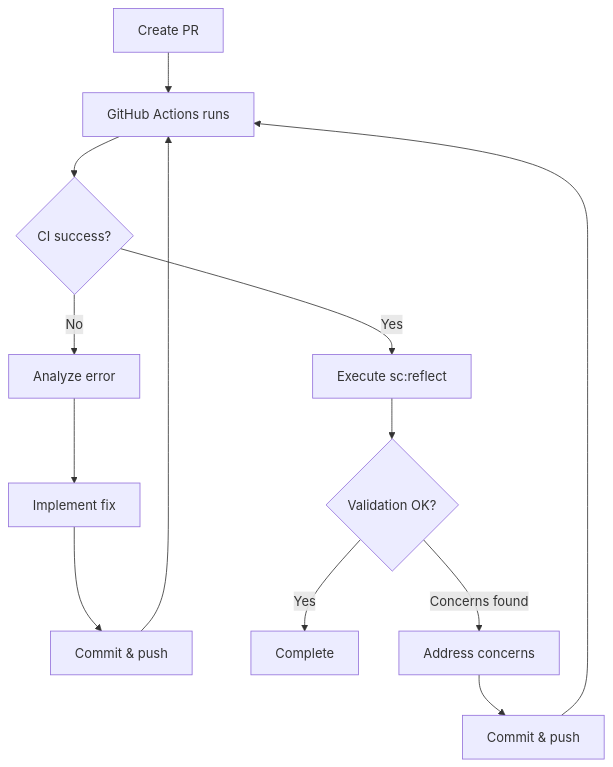
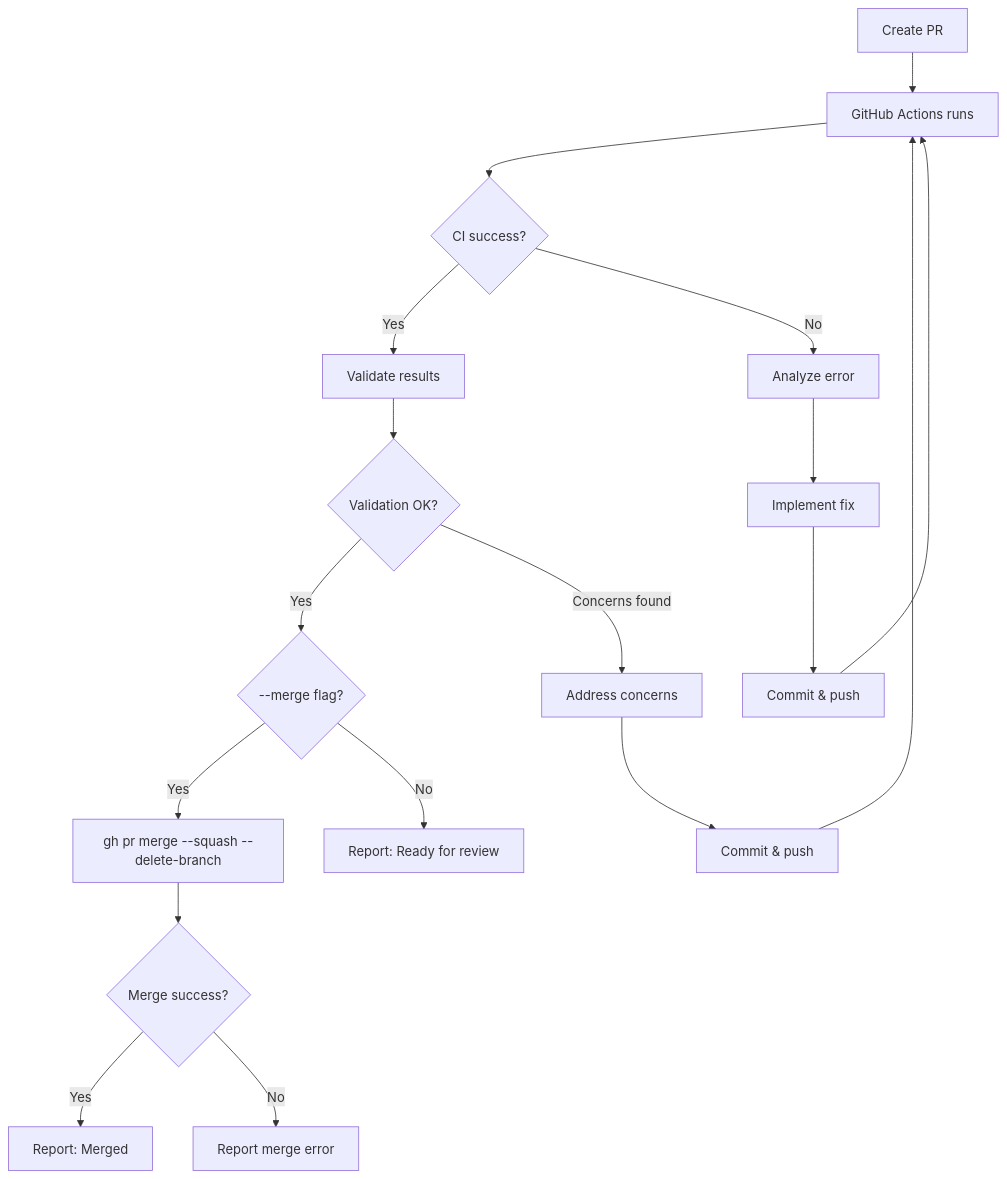
Before and after one commit to TE-ToshiakiTanaka2/tarnished: the first of 2 diagrams in templates/claude/.claude/skills/pr/SKILL.md, drawn with Mermaid. The commit also changed other lines of this file and 43 other files, not shown here.

First line of the commit message:
feat: internalize SuperClaude skills as erd: commands (#241)

````diff
--- a/templates/claude/.claude/skills/pr/SKILL.md
+++ b/templates/claude/.claude/skills/pr/SKILL.md
@@ -143,15 +154,20 @@
 ```mermaid
 graph TD
     A[Create PR] --> B[GitHub Actions runs]
     B --> C{CI success?}
-    C -->|Yes| D[Execute sc:reflect]
+    C -->|Yes| D[Validate results]
     C -->|No| E[Analyze error]
     E --> F[Implement fix]
     F --> G[Commit & push]
     G --> B
     D --> H{Validation OK?}
-    H -->|Yes| I[Complete]
+    H -->|Yes| I{--merge flag?}
     H -->|Concerns found| J[Address concerns]
     J --> K[Commit & push]
     K --> B
+    I -->|Yes| L[gh pr merge --squash --delete-branch]
+    I -->|No| M[Report: Ready for review]
+    L --> N{Merge success?}
+    N -->|Yes| O[Report: Merged]
+    N -->|No| P[Report merge error]
 ```
````
